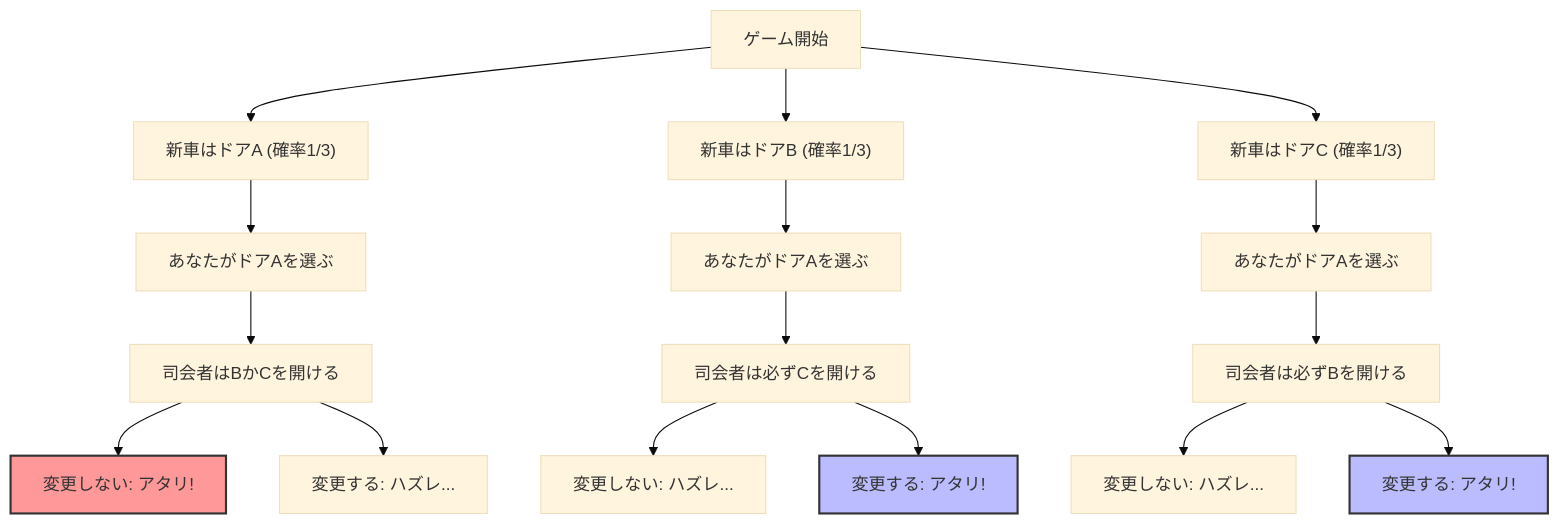
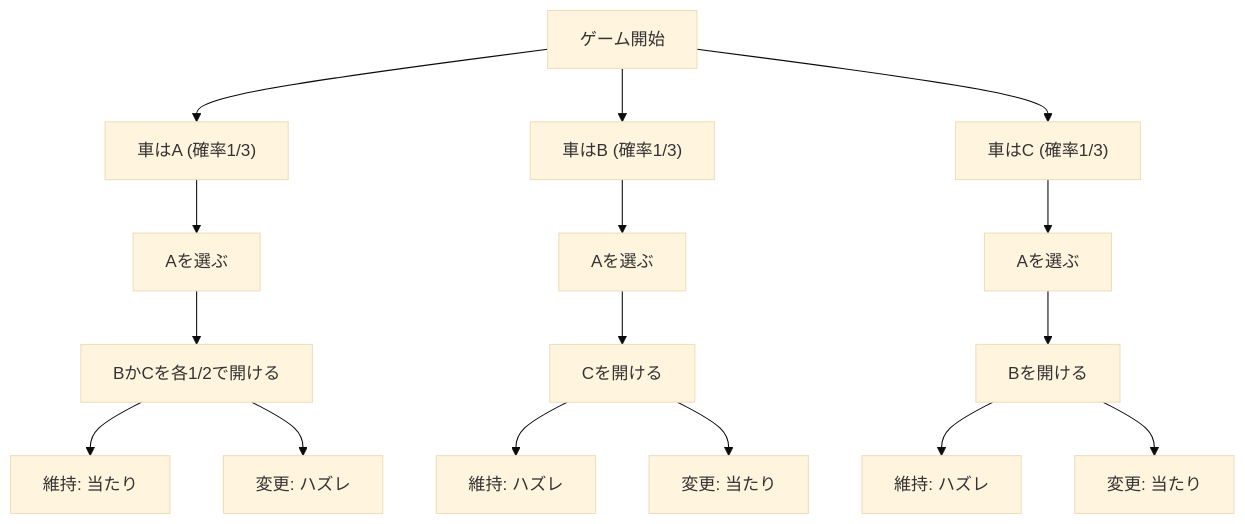
One commit to kenjinote/blog changed the first of 2 diagrams in content/post/モンティ・ホール問題/index.md. Above: the diagram before and after it, drawn with Mermaid (base theme). The commit also changed other lines of this file and 10 other files, not shown here.

````diff
--- a/content/post/モンティ・ホール問題/index.md
+++ b/content/post/モンティ・ホール問題/index.md
@@ -44,27 +52,18 @@
 ```mermaid
 graph TD
-    Start["ゲーム開始"] --> CarA["新車はドアA (確率1/3)"]
-    Start --> CarB["新車はドアB (確率1/3)"]
-    Start --> CarC["新車はドアC (確率1/3)"]
-
-    CarA --> PickA1["あなたがドアAを選ぶ"]
-    CarB --> PickA2["あなたがドアAを選ぶ"]
-    CarC --> PickA3["あなたがドアAを選ぶ"]
-
-    PickA1 --> HostB_or_C["司会者はBかCを開ける"]
-    PickA2 --> HostC["司会者は必ずCを開ける"]
-    PickA3 --> HostB["司会者は必ずBを開ける"]
-
-    HostB_or_C --> Stay1["変更しない: アタリ!"]
-    HostB_or_C --> Switch1["変更する: ハズレ..."]
-
-    HostC --> Stay2["変更しない: ハズレ..."]
-    HostC --> Switch2["変更する: アタリ!"]
-
-    HostB --> Stay3["変更しない: ハズレ..."]
-    HostB --> Switch3["変更する: アタリ!"]
-
-    style Switch2 fill:#bbf,stroke:#333,stroke-width:2px
-    style Switch3 fill:#bbf,stroke:#333,stroke-width:2px
-    style Stay1 fill:#f99,stroke:#333,stroke-width:2px
+    Start["ゲーム開始"] --> CarA["車はA (確率1/3)"]
+    Start --> CarB["車はB (確率1/3)"]
+    Start --> CarC["車はC (確率1/3)"]
+    CarA --> PickA1["Aを選ぶ"]
+    CarB --> PickA2["Aを選ぶ"]
+    CarC --> PickA3["Aを選ぶ"]
+    PickA1 --> HostB_or_C["BかCを各1/2で開ける"]
+    PickA2 --> HostC["Cを開ける"]
+    PickA3 --> HostB["Bを開ける"]
+    HostB_or_C --> Stay1["維持: 当たり"]
+    HostB_or_C --> Switch1["変更: ハズレ"]
+    HostC --> Stay2["維持: ハズレ"]
+    HostC --> Switch2["変更: 当たり"]
+    HostB --> Stay3["維持: ハズレ"]
+    HostB --> Switch3["変更: 当たり"]
 ```
````
